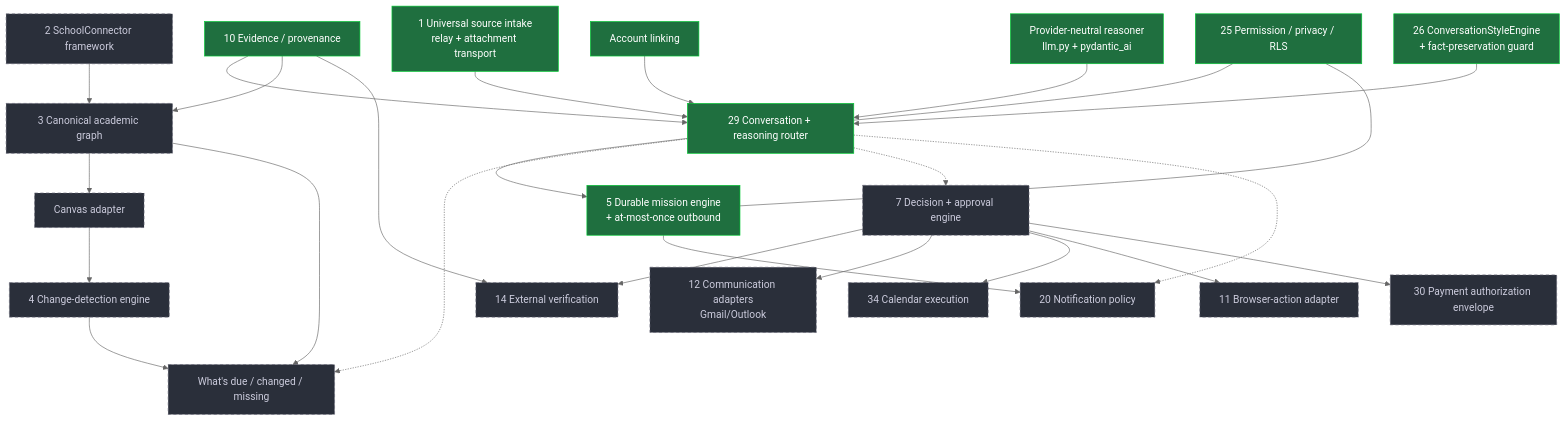
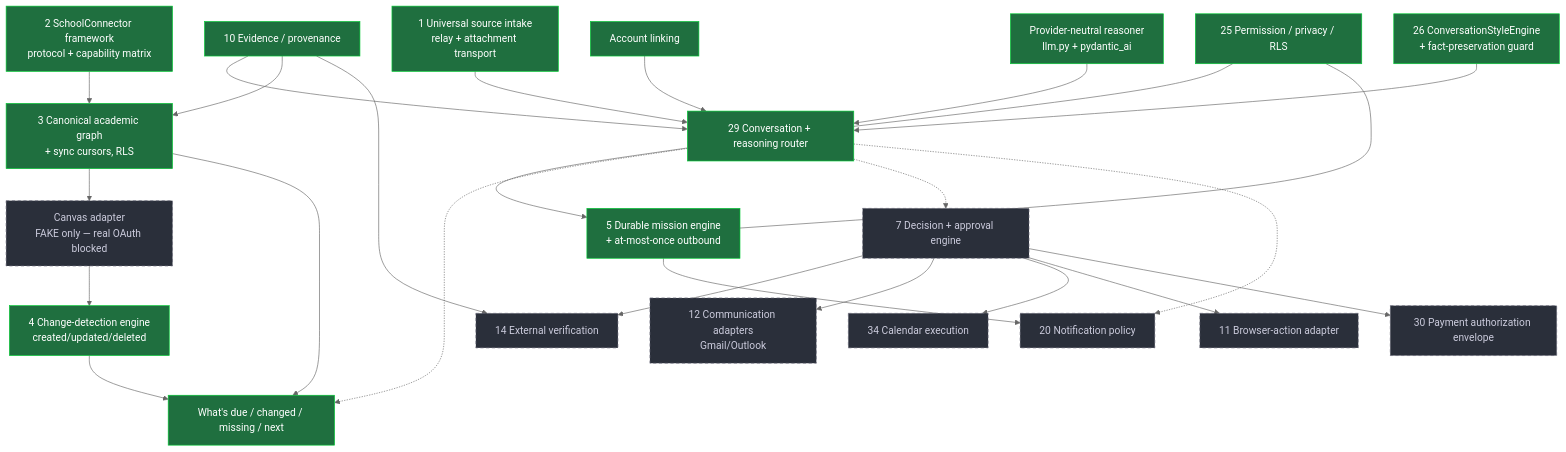
One commit to Dhruvjain35/bruce changed the diagram in docs/architecture/capability-dependency-map.md. Above: the diagram before and after it, drawn with Mermaid (neutral theme). The commit also changed other lines of this file and 1 other file, not shown here.

Commit message:
docs(school): register SchoolConnector capabilities + update dependency map
Honest statuses: framework / academic graph / change detection / the four queries
are 'implemented' (code + passing tests, not deployed); CAP-CANVAS-001 is
'mock_only' (fake adapter — real Canvas OAuth still blocked on founder credentials);
CAP-SCH-002 access ladder is 'partial'. Adds CAP-Q-NEXT. Dependency map marks the
built P1 school core solid; the real Canvas leaf stays dashed.

````diff
--- a/docs/architecture/capability-dependency-map.md
+++ b/docs/architecture/capability-dependency-map.md
@@ -6,55 +6,57 @@
 ```mermaid
 graph TD
   %% built (Bite 1) — solid
   SRC[1 Universal source intake<br/>relay + attachment transport]:::done
   RUNTIME[29 Conversation + reasoning router]:::done
   MODEL[Provider-neutral reasoner<br/>llm.py + pydantic_ai]:::done
   VOICE[26 ConversationStyleEngine<br/>+ fact-preservation guard]:::done
   MISSION[5 Durable mission engine<br/>+ at-most-once outbound]:::done
   EVID[10 Evidence / provenance]:::done
   RLS[25 Permission / privacy / RLS]:::done
   LINK[Account linking]:::done
 
   SRC --> RUNTIME
   LINK --> RUNTIME
   MODEL --> RUNTIME
   VOICE --> RUNTIME
   RUNTIME --> MISSION
   EVID --> RUNTIME
   RLS --- RUNTIME
   RLS --- MISSION
 
+  %% P1 school core — built (offline, fake Canvas adapter) — solid
+  SCH[2 SchoolConnector framework<br/>protocol + capability matrix]:::done
+  ACG[3 Canonical academic graph<br/>+ sync cursors, RLS]:::done
+  CHG[4 Change-detection engine<br/>created/updated/deleted]:::done
+  QUERIES["What's due / changed / missing / next"]:::done
+
   %% planned — dashed
-  SCH[2 SchoolConnector framework]:::plan
-  ACG[3 Canonical academic graph]:::plan
-  CHG[4 Change-detection engine]:::plan
-  CANVAS[Canvas adapter]:::plan
-  QUERIES["What's due / changed / missing"]:::plan
+  CANVAS[Canvas adapter<br/>FAKE only — real OAuth blocked]:::plan
   DECIDE[7 Decision + approval engine]:::plan
   VERIFY[14 External verification]:::plan
   COMMS[12 Communication adapters<br/>Gmail/Outlook]:::plan
   CAL[34 Calendar execution]:::plan
   NOTIFY[20 Notification policy]:::plan
   BROWSER[11 Browser-action adapter]:::plan
   PAY[30 Payment authorization envelope]:::plan
 
   SCH --> ACG
   ACG --> CANVAS
   CANVAS --> CHG
   ACG --> QUERIES
   CHG --> QUERIES
   RUNTIME -.-> QUERIES
   EVID --> ACG
   RUNTIME -.-> DECIDE
   DECIDE --> VERIFY
   DECIDE --> COMMS
   DECIDE --> CAL
   DECIDE --> BROWSER
   DECIDE --> PAY
   MISSION --> NOTIFY
   RUNTIME -.-> NOTIFY
   EVID --> VERIFY
 
   classDef done fill:#1f6f3f,stroke:#0c3,color:#fff;
   classDef plan fill:#2a2f3a,stroke:#667,color:#ccd,stroke-dasharray:5 4;
 ```
````
